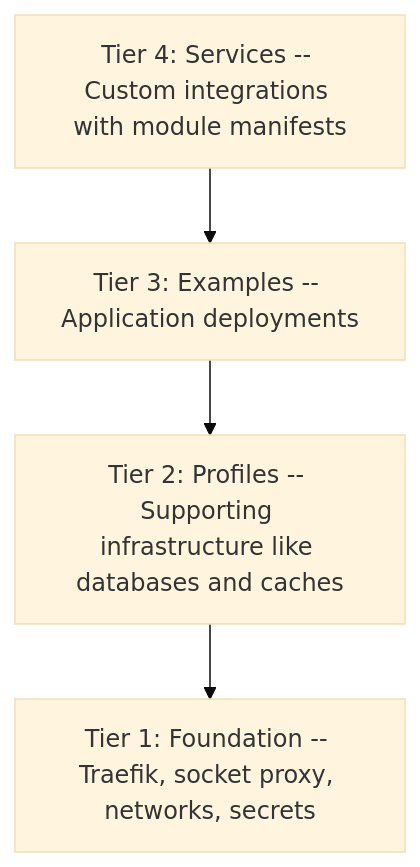
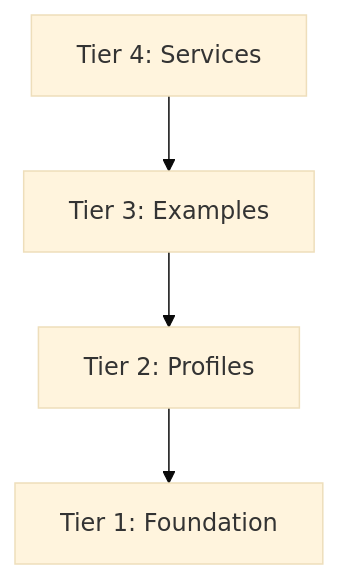
One commit to peermesh/docker-lab-docs changed the first of 3 diagrams in docs/extending.md. Above: the diagram before and after it, drawn with Mermaid (base theme). The commit also changed other lines of this file and 13 other files, not shown here.

First line of the commit message:
fix: improve diagram legibility and icon rendering

````diff
--- a/docs/extending.md
+++ b/docs/extending.md
@@ -19,11 +19,11 @@
 ```mermaid
 flowchart TB
-    Tier4["Tier 4: Services -- Custom integrations with module manifests"]
-    Tier3["Tier 3: Examples -- Application deployments"]
-    Tier2["Tier 2: Profiles -- Supporting infrastructure like databases and caches"]
-    Tier1["Tier 1: Foundation -- Traefik, socket proxy, networks, secrets"]
+    Tier4["Tier 4: Services"]
+    Tier3["Tier 3: Examples"]
+    Tier2["Tier 2: Profiles"]
+    Tier1["Tier 1: Foundation"]
 
     Tier4 --> Tier3
     Tier3 --> Tier2
     Tier2 --> Tier1
 ```
````
